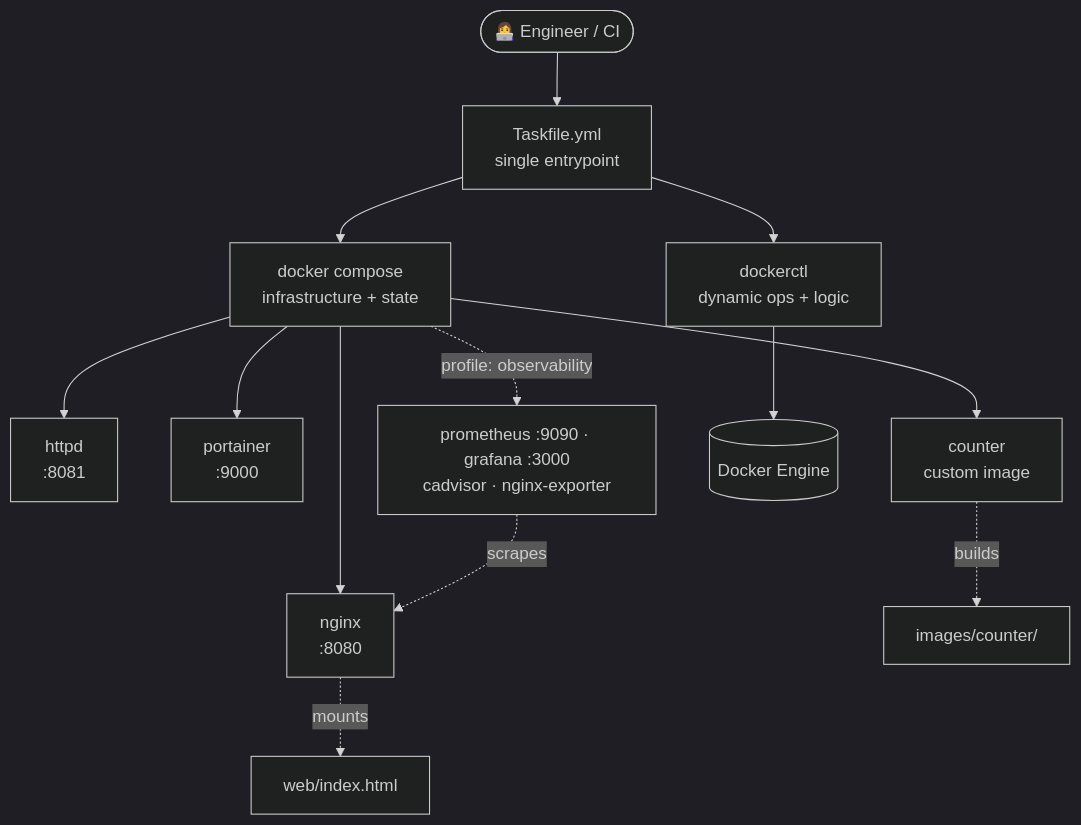
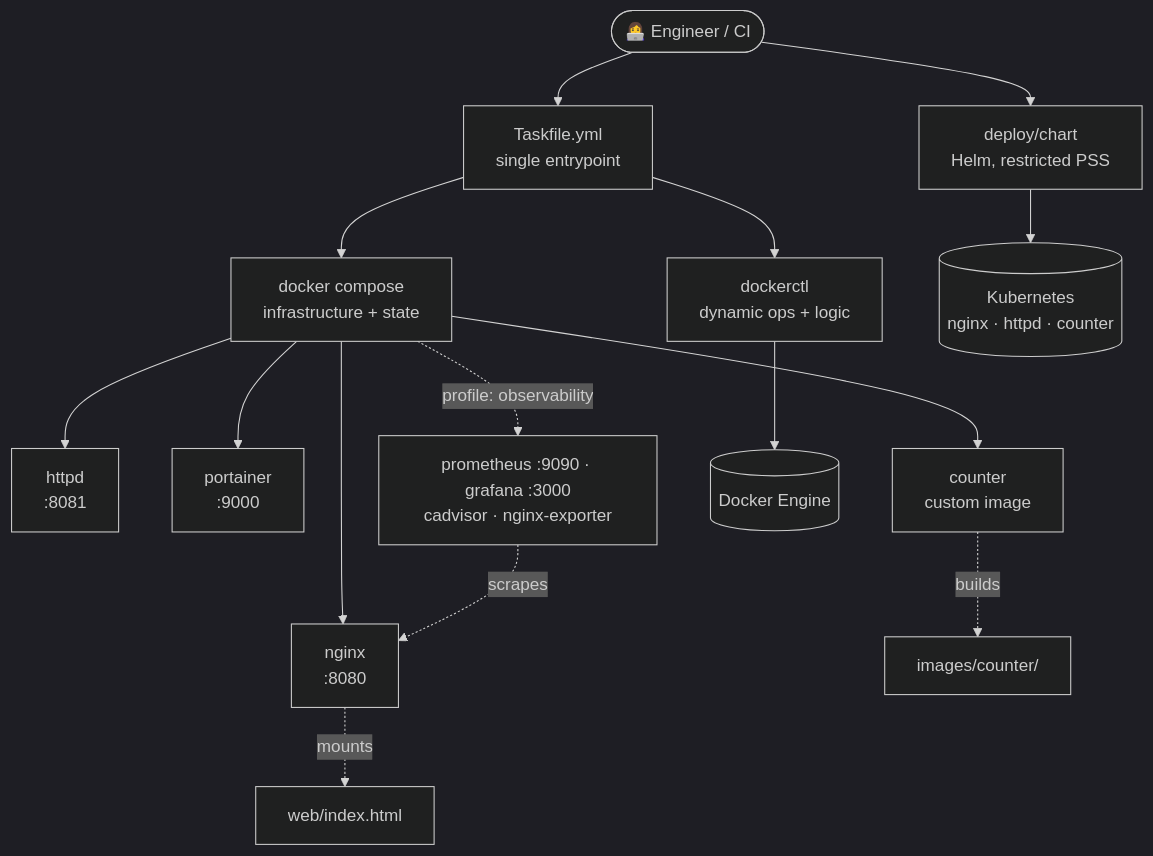
Before and after one commit to www8351/Docker-DevOps-Tooling: the diagram in README.md, drawn with Mermaid (dark theme). The commit also changed other lines of this file and 1 other file, not shown here.

````diff
--- a/README.md
+++ b/README.md
@@ -85,20 +92,23 @@
 ```mermaid
 flowchart TD
     Dev([👩‍💻 Engineer / CI]) --> Task[Taskfile.yml<br/>single entrypoint]
 
     Task --> Compose[docker compose<br/>infrastructure + state]
     Task --> CLI[dockerctl<br/>dynamic ops + logic]
 
     Compose --> Nginx[nginx<br/>:8080]
     Compose --> Httpd[httpd<br/>:8081]
     Compose --> Portainer[portainer<br/>:9000]
     Compose --> Counter[counter<br/>custom image]
 
     Nginx -. mounts .-> Web[web/index.html]
     Counter -. builds .-> Img[images/counter/]
 
     Compose -. profile: observability .-> Obs[prometheus :9090 · grafana :3000<br/>cadvisor · nginx-exporter]
     Obs -. scrapes .-> Nginx
 
     CLI --> Docker[(Docker Engine)]
+
+    Dev --> Chart[deploy/chart<br/>Helm, restricted PSS]
+    Chart --> K8s[(Kubernetes<br/>nginx · httpd · counter)]
 ```
````
